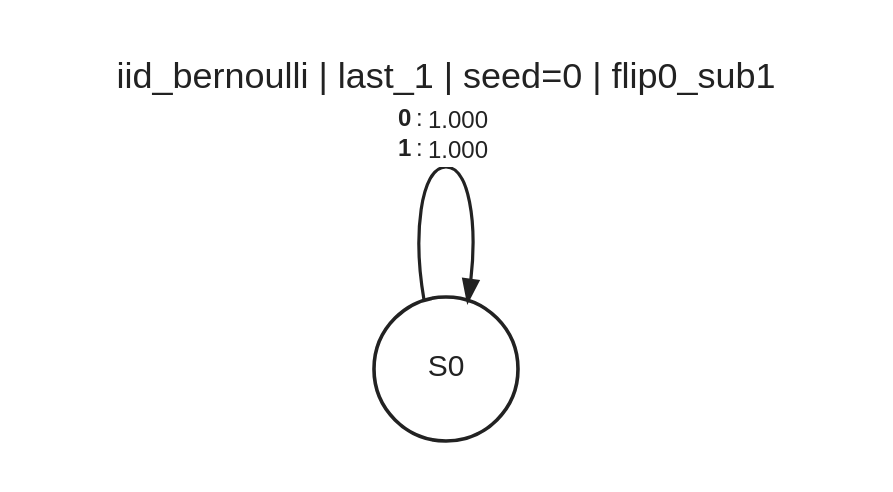
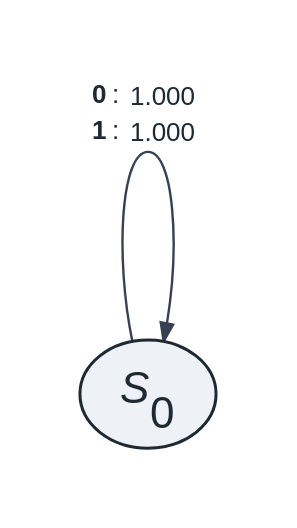
The diagram in src/results/ch3/sanity_iid/transitions/flip0_sub1__transitions_last_1_seed0.dot (aniketguptax/PRISM), drawn with Graphviz before and after one commit. The commit also changed 75 other files, not shown here.

```diff
--- a/src/results/ch3/sanity_iid/transitions/flip0_sub1__transitions_last_1_seed0.dot
+++ b/src/results/ch3/sanity_iid/transitions/flip0_sub1__transitions_last_1_seed0.dot
@@ -1,19 +1,17 @@
 digraph "iid_bernoulli_last_1_seed0" {
   rankdir=LR;
   splines=true;
   overlap=false;
   concentrate=false;
   outputorder=edgesfirst;
-  nodesep=0.9;
-  ranksep=1.1;
-  pad=0.25;
-  forcelabels=true;
-  graph [fontname="Helvetica", fontsize=18, fontcolor="#222222"];
-  node [shape=circle, fontname="Helvetica", fontsize=15, penwidth=1.8, color="#222222", fontcolor="#222222", margin=0.06, fixedsize=true, width=1.0, height=1.0];
-  edge [fontname="Helvetica", fontsize=12, arrowsize=1.0, penwidth=1.6, color="#222222", fontcolor="#222222", labelfloat=true];
-  label="iid_bernoulli | last_1 | seed=0 | flip0_sub1";
-  labelloc=t;
-  labeljust=l;
-  0 [label="S0"];
-  0 -> 0 [minlen=2, label=<<TABLE BORDER="0" CELLBORDER="0" CELLSPACING="0" CELLPADDING="1" BGCOLOR="white"><TR><TD ALIGN="RIGHT"><B>0</B>:</TD><TD ALIGN="LEFT">1.000</TD></TR><TR><TD ALIGN="RIGHT"><B>1</B>:</TD><TD ALIGN="LEFT">1.000</TD></TR></TABLE>>];
+  nodesep=1.3;
+  ranksep=1.6;
+  pad=0.45;
+  sep="+18,18";
+  esep="+18,18";
+  graph [fontname="Helvetica", fontsize=18, fontcolor="#1f2933"];
+  node [shape=ellipse, fontname="Helvetica", fontsize=22, penwidth=1.5, color="#1f2933", fontcolor="#1f2933", margin=0.1, style="filled", fillcolor="#eef2f7", fixedsize=true, width=0.95, height=0.75];
+  edge [fontname="Helvetica", fontsize=13, arrowsize=0.9, penwidth=1.2, color="#374151", fontcolor="#1f2933", decorate=false, labelfloat=false];
+  0 [label=<<I>S</I><SUB>0</SUB>>];
+  0 -> 0 [minlen=2, label=<<TABLE BORDER="0" CELLBORDER="0" CELLSPACING="0" CELLPADDING="2"><TR><TD ALIGN="RIGHT"><B>0</B>:</TD><TD ALIGN="LEFT">1.000</TD></TR><TR><TD ALIGN="RIGHT"><B>1</B>:</TD><TD ALIGN="LEFT">1.000</TD></TR></TABLE>>];
 }
```
